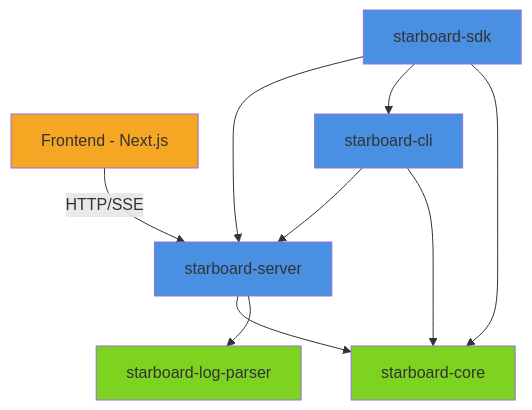
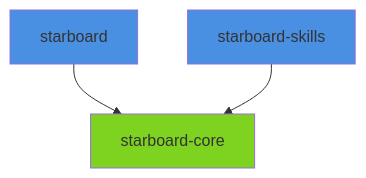
The diagram in docs/integration/PACKAGE_INTEGRATION.md (bluewatersql/starboard), drawn with Mermaid before and after one commit. The commit also changed other lines of this file and 34 other files, not shown here.

````diff
--- a/docs/integration/PACKAGE_INTEGRATION.md
+++ b/docs/integration/PACKAGE_INTEGRATION.md
@@ -45,18 +42,9 @@
 ```mermaid
 graph TD
-    FE[Frontend - Next.js] -->|HTTP/SSE| SRV
-    CLI[starboard-cli] --> SRV[starboard-server]
-    CLI --> CORE[starboard-core]
-    SDK[starboard-sdk] --> SRV
-    SDK --> CLI
-    SDK --> CORE
-    SRV --> CORE
-    SRV --> LP[starboard-log-parser]
+    SRV[starboard] --> CORE[starboard-core]
+    SKL[starboard-skills] --> CORE
 
     style CORE fill:#7ED321
-    style LP fill:#7ED321
     style SRV fill:#4A90E2
-    style CLI fill:#4A90E2
-    style SDK fill:#4A90E2
-    style FE fill:#F5A623
+    style SKL fill:#4A90E2
 ```
````
